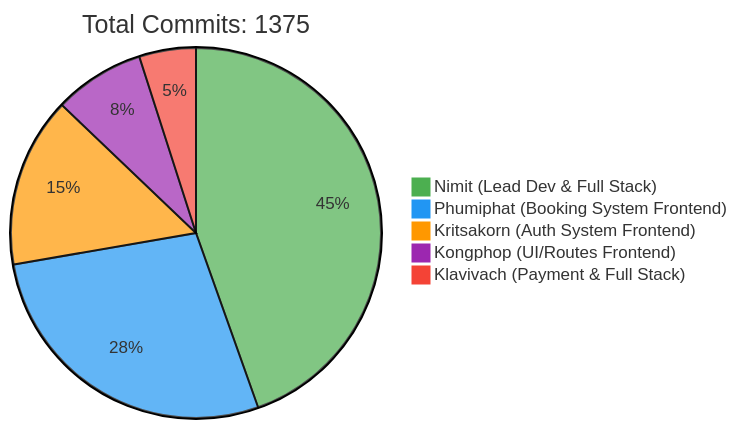
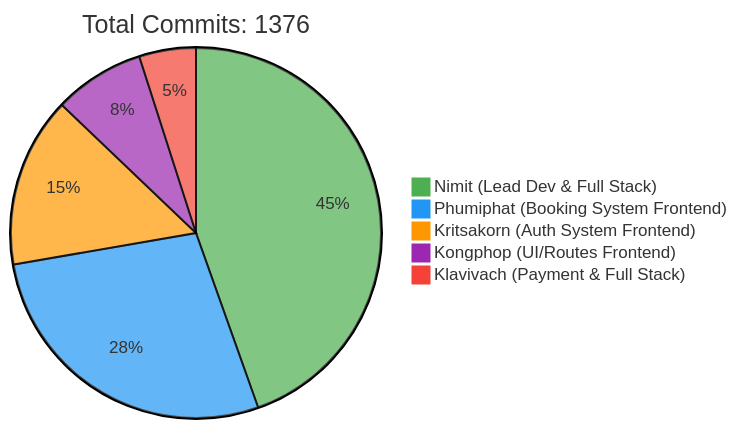
One commit to 6531503042/Sport-Complex changed the first of 2 diagrams in README.md. Above: the diagram before and after it, drawn with Mermaid. The commit also changed other lines of this file, not shown here.

Commit message:
docs: Update contributor statistics [skip ci]

````diff
--- a/README.md
+++ b/README.md
@@ -257,10 +257,10 @@
 ```mermaid
 %%{init: {'theme': 'base', 'themeVariables': { 'pie1': '#4CAF50', 'pie2': '#2196F3', 'pie3': '#FF9800', 'pie4': '#9C27B0', 'pie5': '#F44336'}}}%%
 pie
-    title Total Commits: 1375
+    title Total Commits: 1376
     "Nimit (Lead Dev & Full Stack)" : 450
     "Phumiphat (Booking System Frontend)" : 280
     "Kritsakorn (Auth System Frontend)" : 150
     "Kongphop (UI/Routes Frontend)" : 80
     "Klavivach (Payment & Full Stack)" : 50
 ```
````
